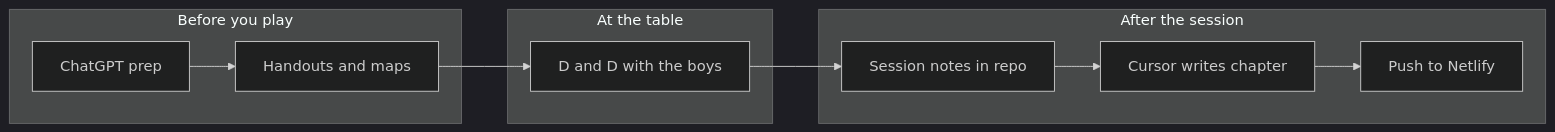
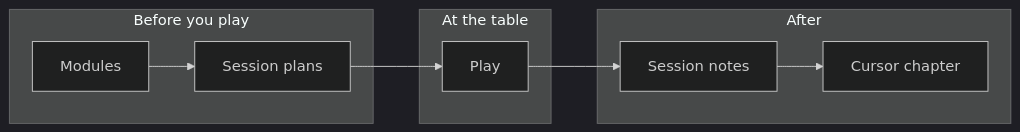
Before and after one commit to Twoshedzz/RuinsOfEthium: the diagram in publish/source/WORKFLOW.md, drawn with Mermaid (dark theme). The commit also changed other lines of this file and 185 other files, not shown here.

First line of the commit message:
Ship a browsable DM and CYOA hub so campaign plans, modules, and table assets live on the site instead of only in the repo.

````diff
--- a/publish/source/WORKFLOW.md
+++ b/publish/source/WORKFLOW.md
@@ -22,20 +26,18 @@
 ```mermaid
 flowchart LR
   subgraph before [Before you play]
-    GPT[ChatGPT prep]
-    Handouts[Handouts and maps]
+    Modules[Modules]
+    Plans[Session plans]
   end
   subgraph table [At the table]
-    Play[D and D with the boys]
+    Play[Play]
   end
-  subgraph after [After the session]
-    Notes[Session notes in repo]
-    Chapter[Cursor writes chapter]
-    Site[Push to Netlify]
+  subgraph after [After]
+    Notes[Session notes]
+    Chapter[Cursor chapter]
   end
-  GPT --> Handouts
-  Handouts --> Play
+  Modules --> Plans
+  Plans --> Play
   Play --> Notes
   Notes --> Chapter
-  Chapter --> Site
 ```
````
